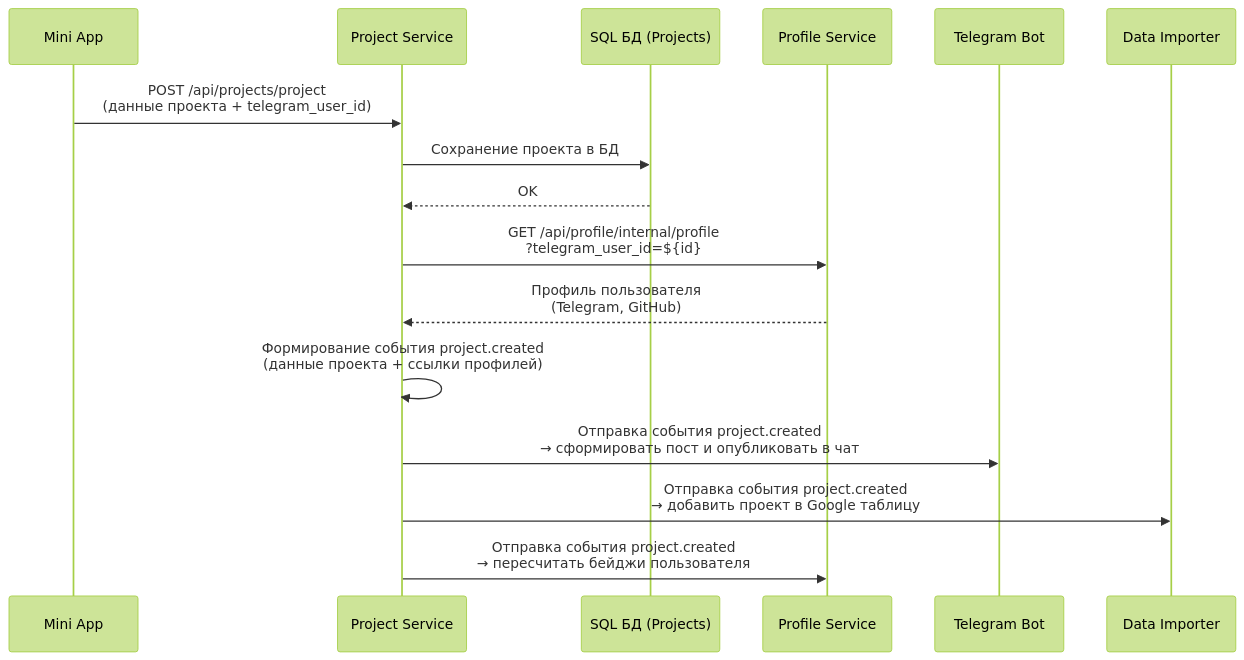
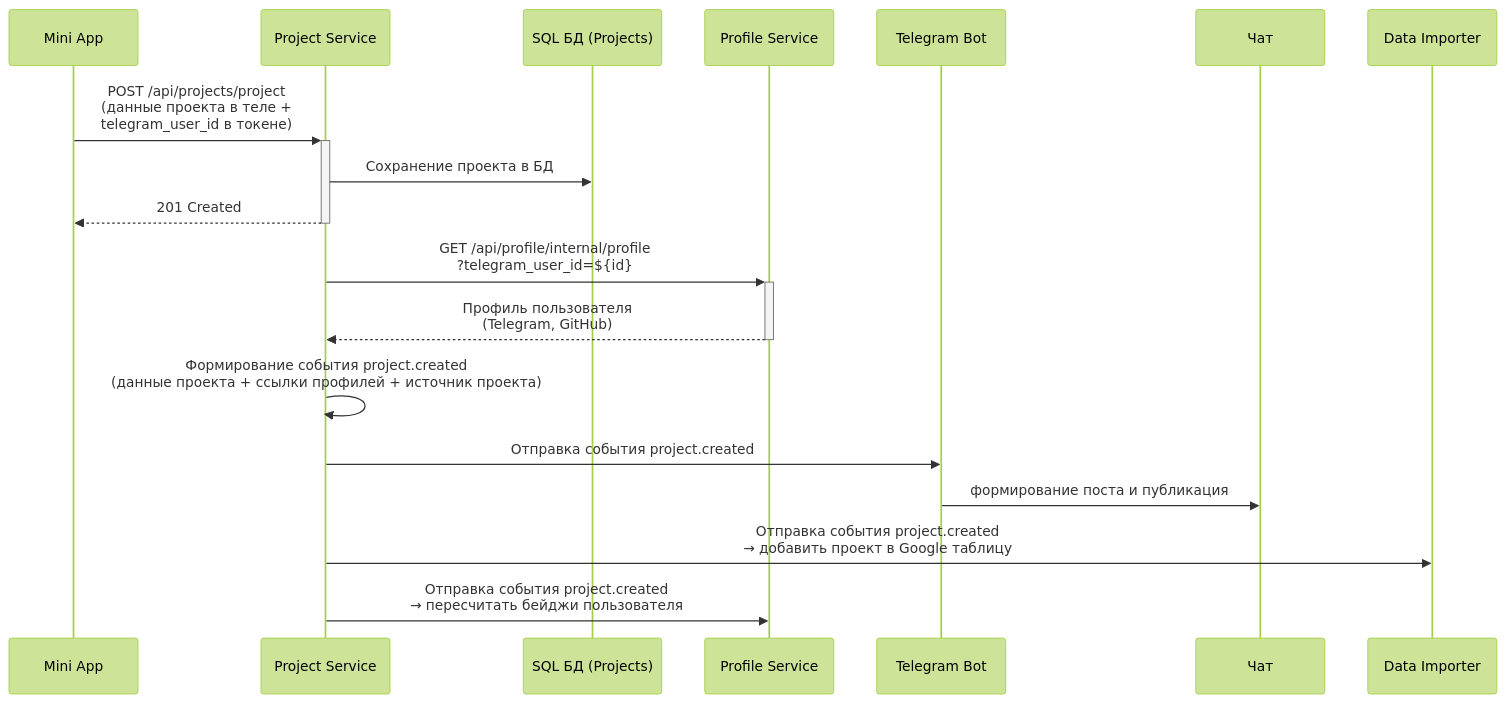
Before and after one commit to it-mentor-community-platform/meta: the first of 2 diagrams in system-analytics/functionality/projects-bookkeeping.md, drawn with Mermaid (forest theme). The commit also changed other lines of this file, not shown here.

Commit message:
system analytics: project bookkeeping - adding a project via tg bot

````diff
--- a/system-analytics/functionality/projects-bookkeeping.md
+++ b/system-analytics/functionality/projects-bookkeeping.md
@@ -20,26 +20,27 @@
   ```mermaid
   sequenceDiagram
     participant MiniApp as Mini App
     participant ProjectService as Project Service
     participant SQLDB as SQL БД (Projects)
     participant ProfileService as Profile Service
     participant TelegramBot as Telegram Bot
+    participant Chat as Чат
     participant DataImporter as Data Importer
 
-    MiniApp ->> ProjectService: POST /api/projects/project<br/>(данные проекта + telegram_user_id)
+    MiniApp ->>+ ProjectService: POST /api/projects/project<br/>(данные проекта в теле +<br/>telegram_user_id в токене)
 
     ProjectService ->> SQLDB: Сохранение проекта в БД
-    SQLDB -->> ProjectService: OK
+    ProjectService -->>- MiniApp: 201 Created
 
-    ProjectService ->> ProfileService: GET /api/profile/internal/profile<br/>?telegram_user_id=${id}
-    ProfileService -->> ProjectService: Профиль пользователя<br/>(Telegram, GitHub)
+    ProjectService ->>+ ProfileService: GET /api/profile/internal/profile<br/>?telegram_user_id=${id}
+    ProfileService -->>- ProjectService: Профиль пользователя<br/>(Telegram, GitHub)
 
-    ProjectService ->> ProjectService: Формирование события project.created<br/>(данные проекта + ссылки профилей)
+    ProjectService ->> ProjectService: Формирование события project.created<br/>(данные проекта + ссылки профилей + источник проекта)
 
-    ProjectService ->> TelegramBot: Отправка события project.created<br/>→ сформировать пост и опубликовать в чат
+    ProjectService ->> TelegramBot: Отправка события project.created
+    TelegramBot ->> Chat: формирование поста и публикация
 
     ProjectService ->> DataImporter: Отправка события project.created<br/>→ добавить проект в Google таблицу
 
     ProjectService ->> ProfileService: Отправка события project.created<br/>→ пересчитать бейджи пользователя
-
   ```
````
